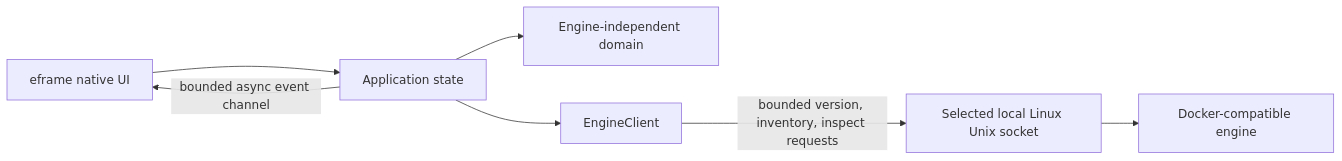
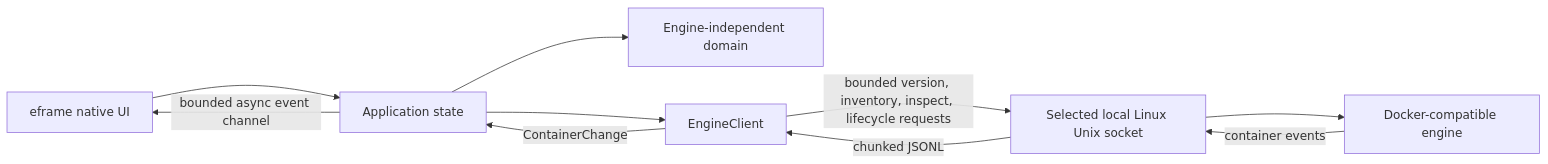
Before and after one commit to SzymonR1/ferrum-desktop: the diagram in docs/src/architecture/overview.md, drawn with Mermaid. The commit also changed other lines of this file and 15 other files, not shown here.

Commit message:
feat: add safe container lifecycle and event sync (#13)

````diff
--- a/docs/src/architecture/overview.md
+++ b/docs/src/architecture/overview.md
@@ -5,9 +5,12 @@
 ```mermaid
 flowchart LR
     UI[eframe native UI] --> APP[Application state]
     APP --> CORE[Engine-independent domain]
     APP --> CLIENT[EngineClient]
-    CLIENT -->|bounded version, inventory, inspect requests| SOCKET[Selected local Linux Unix socket]
+    CLIENT -->|bounded version, inventory, inspect, lifecycle requests| SOCKET[Selected local Linux Unix socket]
     SOCKET --> ENGINE[Docker-compatible engine]
+    ENGINE -->|container events| SOCKET
+    SOCKET -->|chunked JSONL| CLIENT
+    CLIENT -->|ContainerChange| APP
     APP -->|bounded async event channel| UI
 ```
````
